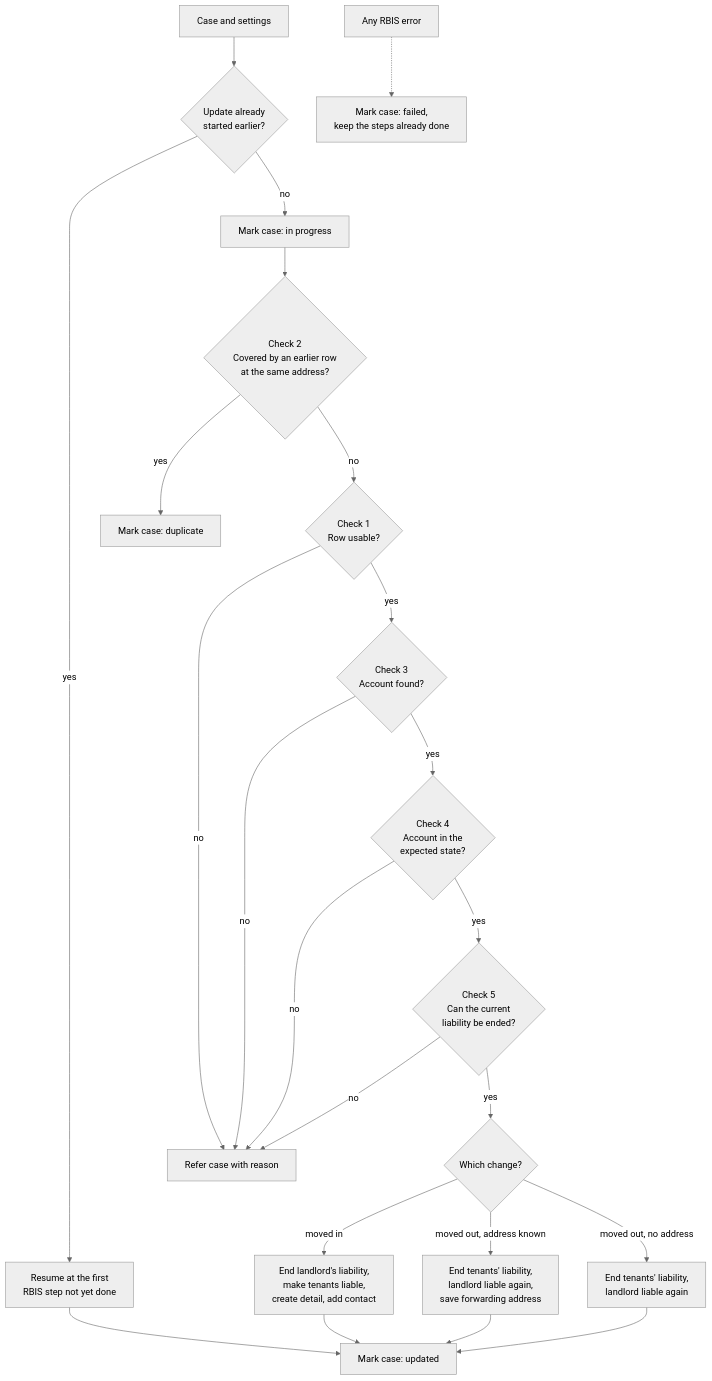
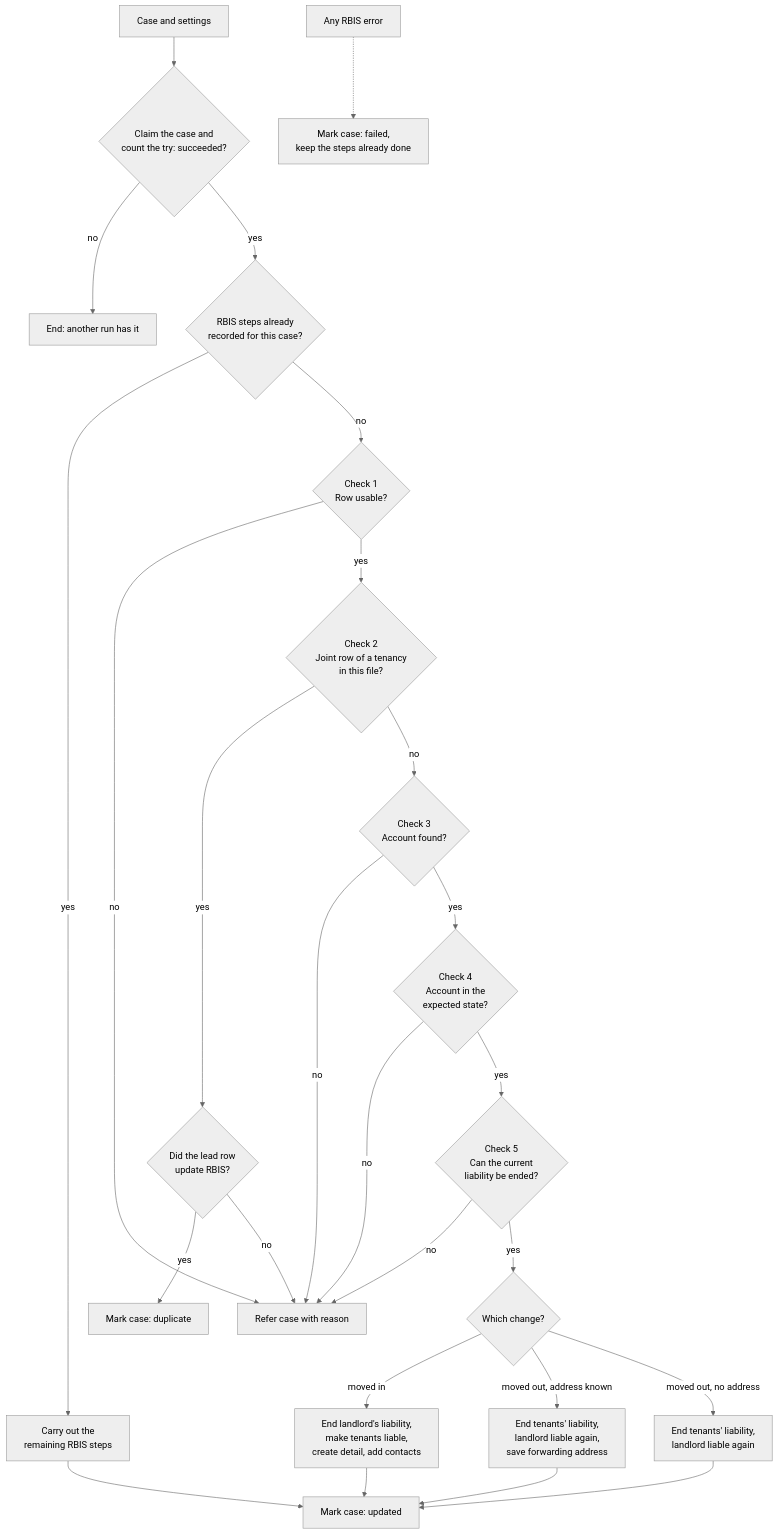
The third of 5 diagrams in docs/design/HARSLL-n8n-design.md (sgshaji/n8n-builder), drawn with Mermaid (neutral theme) before and after one commit. The commit also changed other lines of this file and 1 other file, not shown here.

First line of the commit message:
Revise HARSLL n8n design after final check (revision 3)

````diff
--- a/docs/design/HARSLL-n8n-design.md
+++ b/docs/design/HARSLL-n8n-design.md
@@ -183,25 +228,28 @@
 ```mermaid
 flowchart TD
-    IN[Case and settings] --> RS{Update already<br/>started earlier?}
-    RS -- yes --> RES[Resume at the first<br/>RBIS step not yet done]
-    RS -- no --> MP[Mark case: in progress]
-    MP --> C2{Check 2<br/>Covered by an earlier row<br/>at the same address?}
-    C2 -- yes --> DUP[Mark case: duplicate]
-    C2 -- no --> C1{Check 1<br/>Row usable?}
+    IN[Case and settings] --> CL{Claim the case and<br/>count the try: succeeded?}
+    CL -- no --> SKIP[End: another run has it]
+    CL -- yes --> RS{RBIS steps already<br/>recorded for this case?}
+    RS -- yes --> RES[Carry out the<br/>remaining RBIS steps]
+    RS -- no --> C1{Check 1<br/>Row usable?}
     C1 -- no --> REF[Refer case with reason]
-    C1 -- yes --> C3{Check 3<br/>Account found?}
+    C1 -- yes --> C2{Check 2<br/>Joint row of a tenancy<br/>in this file?}
+    C2 -- yes --> JR{Did the lead row<br/>update RBIS?}
+    JR -- yes --> DUP[Mark case: duplicate]
+    JR -- no --> REF
+    C2 -- no --> C3{Check 3<br/>Account found?}
     C3 -- no --> REF
     C3 -- yes --> C4{Check 4<br/>Account in the<br/>expected state?}
     C4 -- no --> REF
     C4 -- yes --> C5{Check 5<br/>Can the current<br/>liability be ended?}
     C5 -- no --> REF
     C5 -- yes --> W{Which change?}
-    W -- moved in --> MI[End landlord's liability,<br/>make tenants liable,<br/>create detail, add contact]
+    W -- moved in --> MI[End landlord's liability,<br/>make tenants liable,<br/>create detail, add contacts]
     W -- moved out, address known --> MO1[End tenants' liability,<br/>landlord liable again,<br/>save forwarding address]
     W -- moved out, no address --> MO2[End tenants' liability,<br/>landlord liable again]
     RES --> UP
     MI --> UP[Mark case: updated]
     MO1 --> UP
     MO2 --> UP
     X[Any RBIS error] -.-> FL[Mark case: failed,<br/>keep the steps already done]
 ```
````
